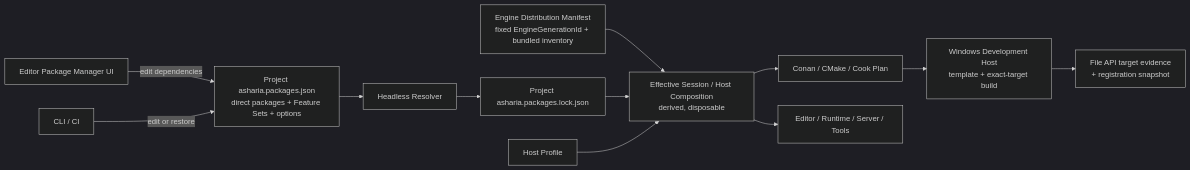
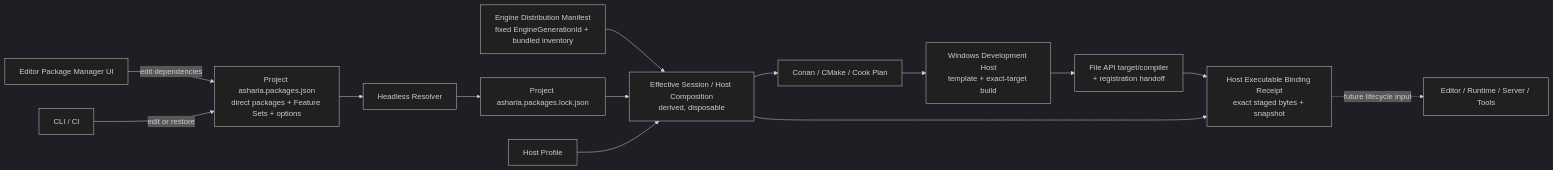
Before and after one commit to 66six11/Engine: the diagram in docs/architecture/package-first.md, drawn with Mermaid (dark theme). The commit also changed other lines of this file and 48 other files, not shown here.

Commit message:
feat: verify host executable bindings

````diff
--- a/docs/architecture/package-first.md
+++ b/docs/architecture/package-first.md
@@ -234,26 +235,28 @@
 ```mermaid
 flowchart LR
     Editor["Editor Package Manager UI"]
     CLI["CLI / CI"]
     Distribution["Engine Distribution Manifest<br/>fixed EngineGenerationId + bundled inventory"]
     Manifest["Project asharia.packages.json<br/>direct packages + Feature Sets + options"]
     Resolver["Headless Resolver"]
     Lock["Project asharia.packages.lock.json"]
     Profile["Host Profile"]
     Composition["Effective Session / Host Composition<br/>derived, disposable"]
     Build["Conan / CMake / Cook Plan"]
     HostBuild["Windows Development Host<br/>template + exact-target build"]
-    Evidence["File API target evidence<br/>+ registration snapshot"]
+    Handoff["File API target/compiler<br/>+ registration handoff"]
+    Binding["Host Executable Binding Receipt<br/>exact staged bytes + snapshot"]
     Hosts["Editor / Runtime / Server / Tools"]
 
     Editor -->|"edit dependencies"| Manifest
     CLI -->|"edit or restore"| Manifest
     Manifest --> Resolver
     Resolver --> Lock
     Distribution --> Composition
     Lock --> Composition
     Profile --> Composition
     Composition --> Build
-    Build --> HostBuild --> Evidence
-    Composition --> Hosts
+    Build --> HostBuild --> Handoff --> Binding
+    Composition --> Binding
+    Binding -.->|"future lifecycle input"| Hosts
 ```
````
